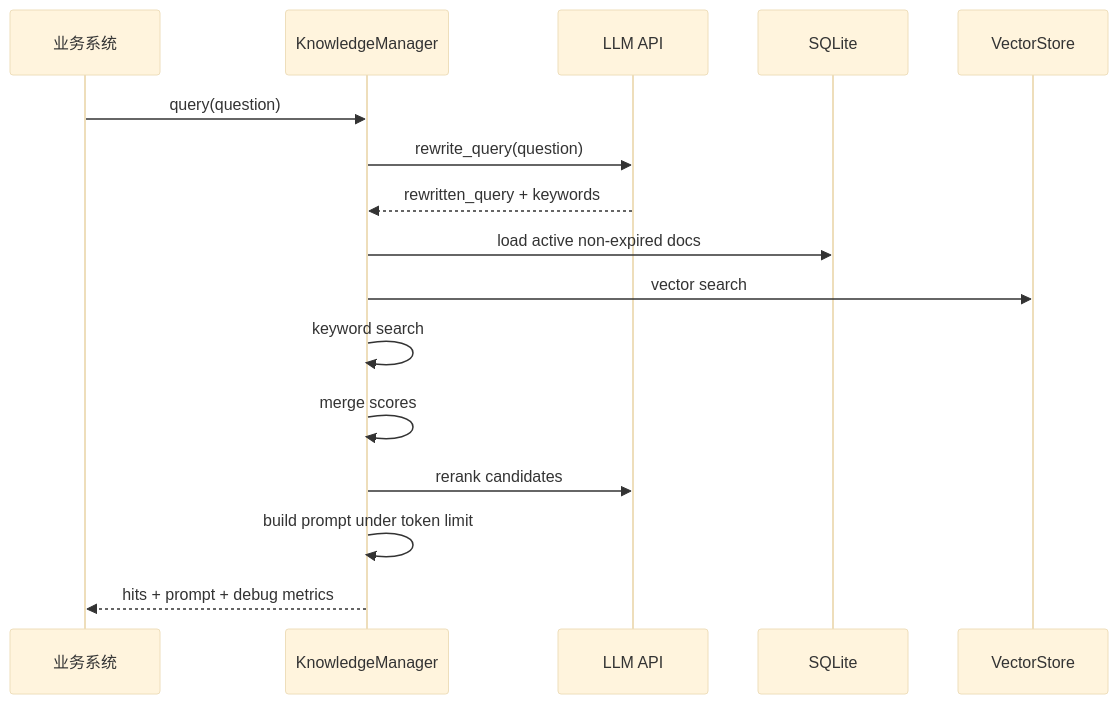
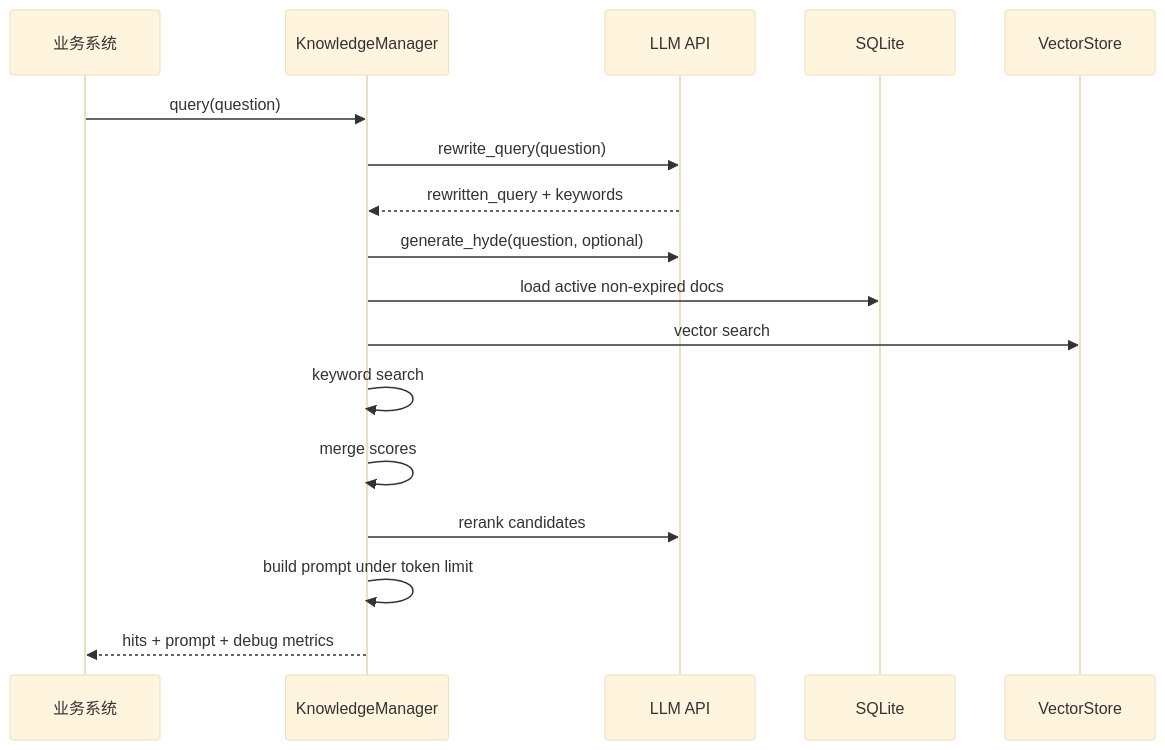
One commit to dcdbzq/KnowledgeManager changed the third of 3 diagrams in docs/design.md. Above: the diagram before and after it, drawn with Mermaid (base theme). The commit also changed other lines of this file and 14 other files, not shown here.

````diff
--- a/docs/design.md
+++ b/docs/design.md
@@ -62,19 +67,20 @@
 ```mermaid
 sequenceDiagram
   participant App as 业务系统
   participant KM as KnowledgeManager
   participant LLM as LLM API
   participant DB as SQLite
   participant VS as VectorStore
 
   App->>KM: query(question)
   KM->>LLM: rewrite_query(question)
   LLM-->>KM: rewritten_query + keywords
+  KM->>LLM: generate_hyde(question, optional)
   KM->>DB: load active non-expired docs
   KM->>VS: vector search
   KM->>KM: keyword search
   KM->>KM: merge scores
   KM->>LLM: rerank candidates
   KM->>KM: build prompt under token limit
   KM-->>App: hits + prompt + debug metrics
 ```
````
